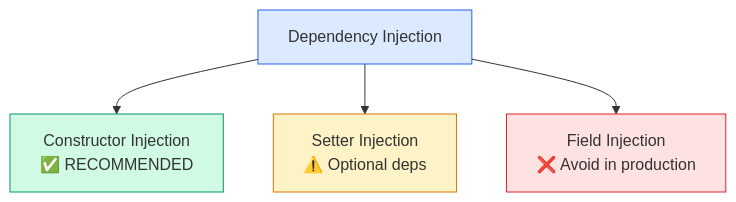
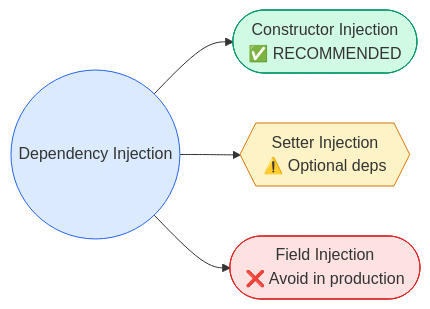
Before and after one commit to saivamsikaruturi/vamsilabs-dev-notes-main: the first of 2 diagrams in docs/springboot/TypesOfDi.md, drawn with Mermaid. The commit also changed other lines of this file and 146 other files, not shown here.

Commit message:
Horizontal diagrams, UML class diagrams, typography overhaul, and permalink cleanup

````diff
--- a/docs/springboot/TypesOfDi.md
+++ b/docs/springboot/TypesOfDi.md
@@ -5,11 +5,11 @@
 ```mermaid
-flowchart TD
-    A["Dependency Injection"] --> B["Constructor Injection<br/>✅ RECOMMENDED"]
-    A --> C["Setter Injection<br/>⚠️ Optional deps"]
-    A --> D["Field Injection<br/>❌ Avoid in production"]
+flowchart LR
+    A(("Dependency Injection")) --> B(["Constructor Injection<br/>✅ RECOMMENDED"])
+    A --> C{{"Setter Injection<br/>⚠️ Optional deps"}}
+    A --> D(["Field Injection<br/>❌ Avoid in production"])
 
     style A fill:#DBEAFE,stroke:#2563EB
     style B fill:#D1FAE5,stroke:#059669
     style C fill:#FEF3C7,stroke:#D97706
     style D fill:#FEE2E2,stroke:#DC2626
 ```
````
